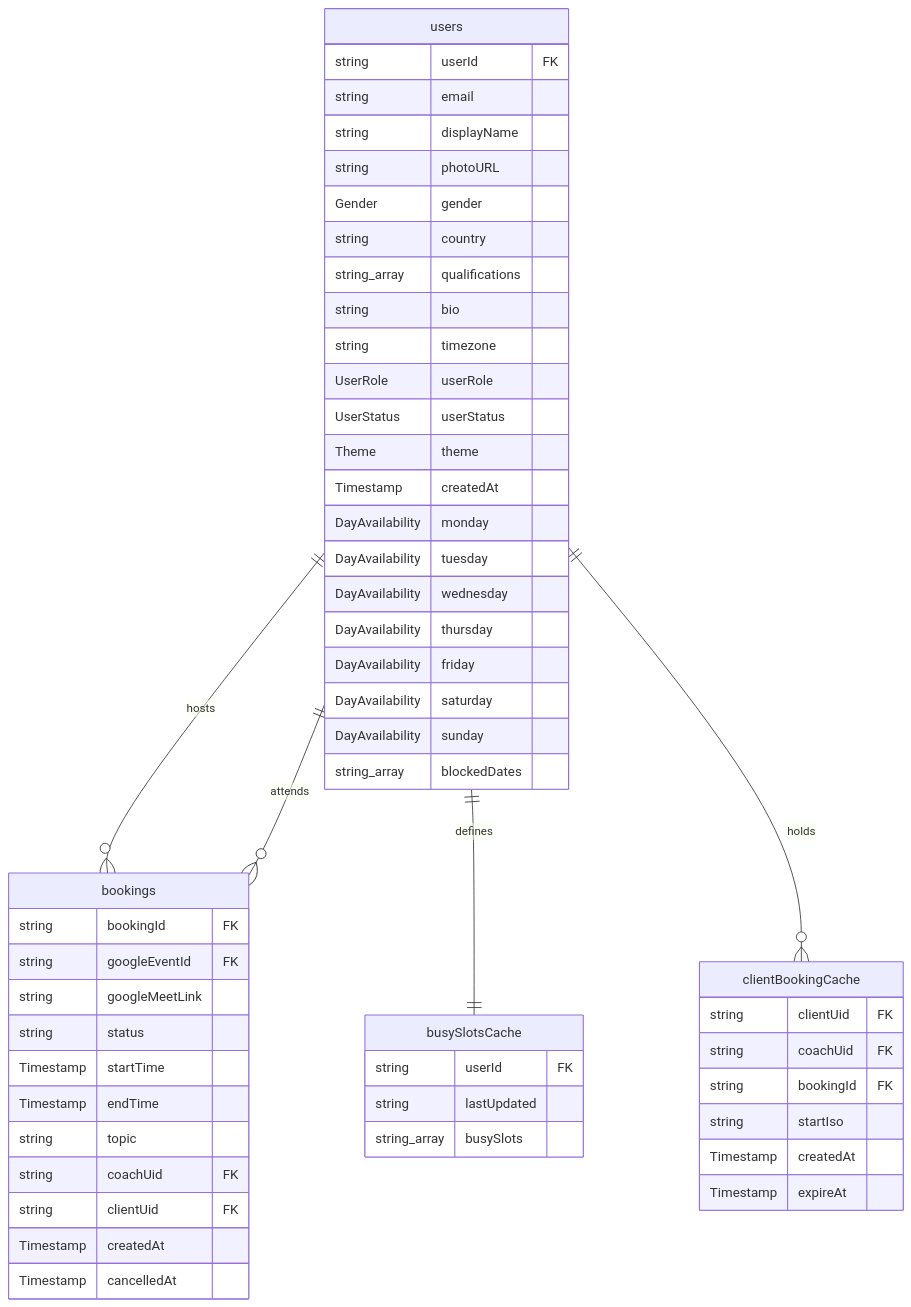
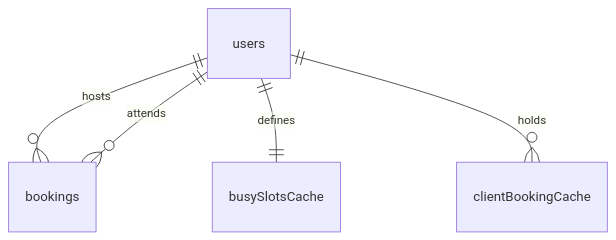
The diagram in docs/schema-erd.md (premkumar-masilamani/peer-coaching-network), drawn with Mermaid before and after one commit. The commit also changed 1 other file, not shown here.

Commit message:
docs: update workflows.md for per-day availability shards + GCal + live-status gate
Bring the architecture doc in line with the #96 changes:
- Data model: personalAvailabilityCache (personal aggregate view) and
  coachAvailabilityByDate (per-coach per-day discovery shards) replace the
  single availableSlotsCache index.
- Availability calc: document Google Calendar busy subtraction (freeBusy on
  the coach's own session), the two derived writes, and the updated recalc
  triggers.
- Discovery: read shards by dateISO (not array-contains-any), in-memory
  faceting, and the live users/ profile status gate (isApproved).
- Updated the approval note, the mental-model summary, and both sequence
  diagrams; added a scaling note pointing to #111.

````diff
--- a/docs/schema-erd.md
+++ b/docs/schema-erd.md
@@ -10,60 +10,9 @@
 ```mermaid
 erDiagram
     users ||--o{ bookings : "hosts"
     users ||--o{ bookings : "attends"
     users ||--|| busySlotsCache : "defines"
     users ||--o{ clientBookingCache : "holds"
 
-    users {
-        string userId FK
-        string email
-        string displayName
-        string photoURL
-        Gender gender
-        string country
-        string_array qualifications
-        string bio
-        string timezone
-        UserRole userRole
-        UserStatus userStatus
-        Theme theme
-        Timestamp createdAt
-        DayAvailability monday
-        DayAvailability tuesday
-        DayAvailability wednesday
-        DayAvailability thursday
-        DayAvailability friday
-        DayAvailability saturday
-        DayAvailability sunday
-        string_array blockedDates
-    }
 
-    busySlotsCache {
-        string userId FK
-        string lastUpdated
-        string_array busySlots
-    }
-
-    bookings {
-        string bookingId FK
-        string googleEventId FK
-        string googleMeetLink
-        string status
-        Timestamp startTime
-        Timestamp endTime
-        string topic
-        string coachUid FK
-        string clientUid FK
-        Timestamp createdAt
-        Timestamp cancelledAt
-    }
-
-    clientBookingCache {
-        string clientUid FK
-        string coachUid FK
-        string bookingId FK
-        string startIso
-        Timestamp createdAt
-        Timestamp expireAt
-    }
 ```
````
